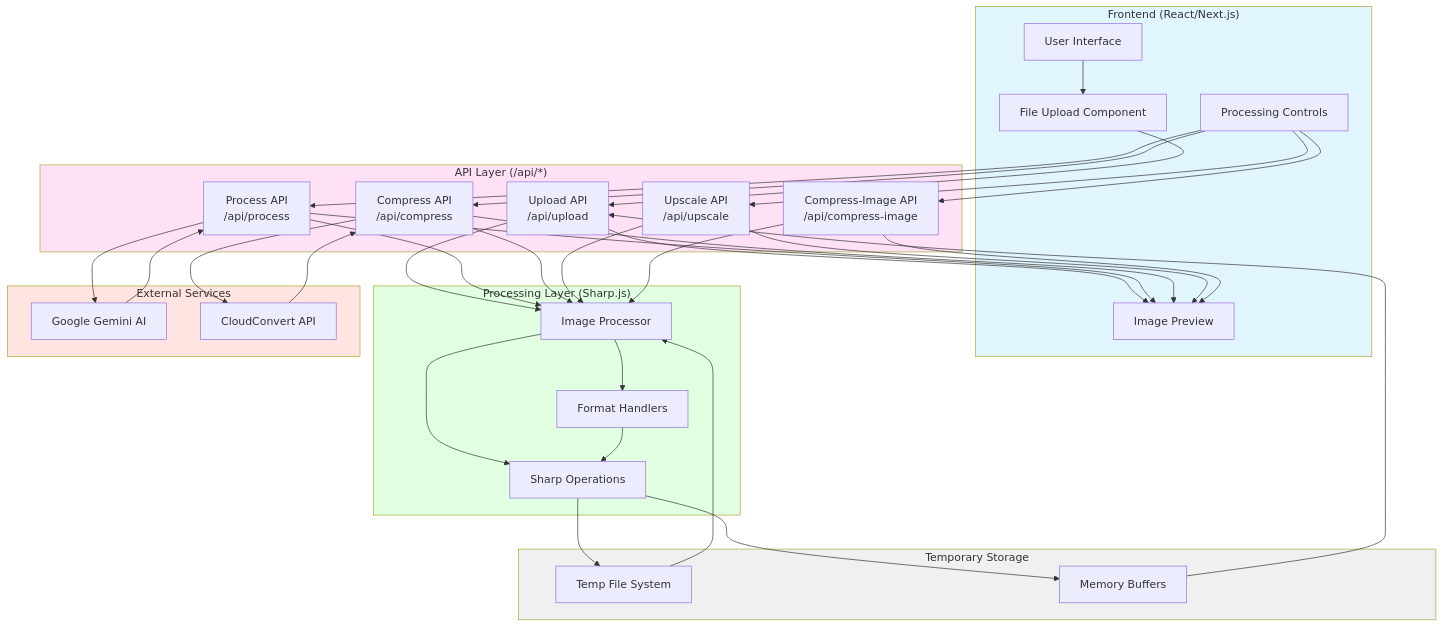
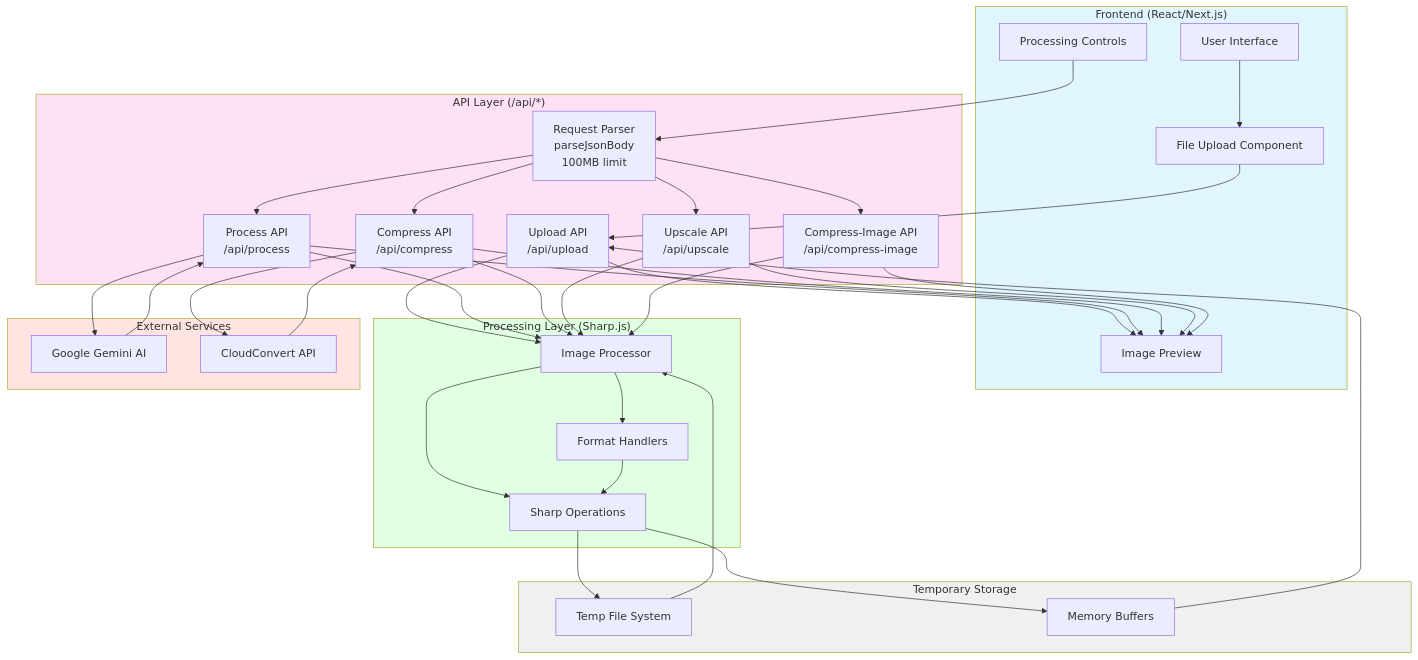
Before and after one commit to varunbv25/AI-image-resizer: diagram 12 of 12 in DATAFLOW_DIAGRAMS.md, drawn with Mermaid. The commit also changed other lines of this file and 5 other files, not shown here.

````diff
--- a/DATAFLOW_DIAGRAMS.md
+++ b/DATAFLOW_DIAGRAMS.md
@@ -592,72 +705,74 @@
 ```mermaid
 graph TB
     subgraph Frontend["Frontend (React/Next.js)"]
         UI[User Interface]
         Upload[File Upload Component]
         Preview[Image Preview]
         Controls[Processing Controls]
     end
 
     subgraph API["API Layer (/api/*)"]
+        RequestParser["Request Parser<br/>parseJsonBody<br/>100MB limit"]
         UploadAPI["Upload API<br/>/api/upload"]
         ProcessAPI["Process API<br/>/api/process"]
         CompressAPI["Compress API<br/>/api/compress"]
         UpscaleAPI["Upscale API<br/>/api/upscale"]
         CompressImageAPI["Compress-Image API<br/>/api/compress-image"]
     end
 
     subgraph Processing["Processing Layer (Sharp.js)"]
         ImageProcessor[Image Processor]
         SharpOps[Sharp Operations]
         FormatHandlers[Format Handlers]
     end
 
     subgraph External["External Services"]
         GeminiAI[Google Gemini AI]
         CloudConvert[CloudConvert API]
     end
 
     subgraph Storage["Temporary Storage"]
         TempFiles[Temp File System]
         Buffer[Memory Buffers]
     end
 
     UI --> Upload
     Upload --> UploadAPI
     UploadAPI --> ImageProcessor
     ImageProcessor --> SharpOps
     SharpOps --> Buffer
     Buffer --> UploadAPI
     UploadAPI --> Preview
 
-    Controls --> ProcessAPI
-    Controls --> CompressAPI
-    Controls --> UpscaleAPI
-    Controls --> CompressImageAPI
+    Controls --> RequestParser
+    RequestParser --> ProcessAPI
+    RequestParser --> CompressAPI
+    RequestParser --> UpscaleAPI
+    RequestParser --> CompressImageAPI
 
     ProcessAPI --> ImageProcessor
     ProcessAPI --> GeminiAI
     CompressAPI --> ImageProcessor
     CompressAPI --> CloudConvert
     UpscaleAPI --> ImageProcessor
     CompressImageAPI --> ImageProcessor
 
     ImageProcessor --> FormatHandlers
     FormatHandlers --> SharpOps
     SharpOps --> TempFiles
     TempFiles --> ImageProcessor
 
     GeminiAI --> ProcessAPI
     CloudConvert --> CompressAPI
 
     ProcessAPI --> Preview
     CompressAPI --> Preview
     UpscaleAPI --> Preview
     CompressImageAPI --> Preview
 
     style Frontend fill:#E1F5FF
     style API fill:#FFE1F5
     style Processing fill:#E1FFE1
     style External fill:#FFE4E1
     style Storage fill:#F0F0F0
 ```
````
